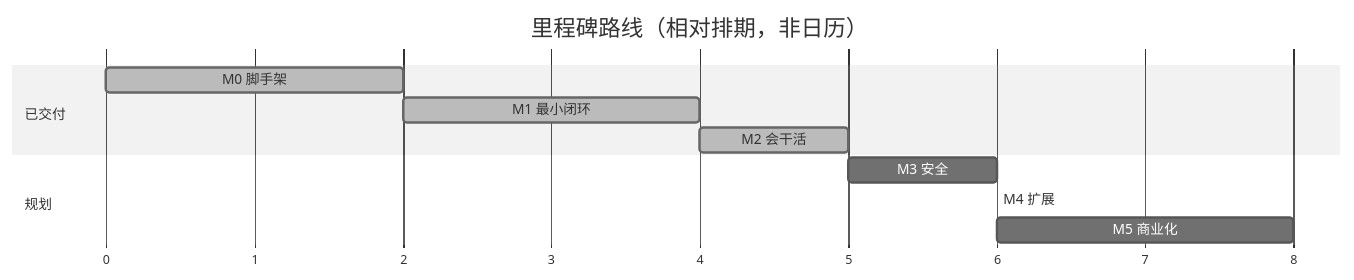
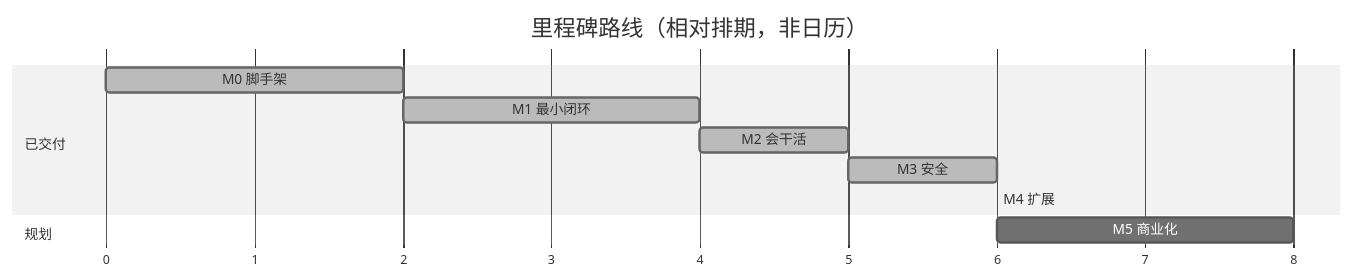
The diagram in docs/develop/05-dev-plan.md (sylarjyd/work_sylar), drawn with Mermaid (neutral theme) before and after one commit. The commit also changed other lines of this file, not shown here.

Commit message:
docs(plan): 同步 M3/M4a/M4b 交付状态 开发计划仍停在 M2 交付时点，M3 与 M4 的完成情况、验收结果均未回填，容易 让人误判进度。现在更新里程碑表与路线图，并补记三个里程碑的交付要点和当前 全量验证结果。

````diff
--- a/docs/develop/05-dev-plan.md
+++ b/docs/develop/05-dev-plan.md
@@ -25,14 +25,14 @@
 ```mermaid
 gantt
     title 里程碑路线（相对排期，非日历）
     dateFormat X
     axisFormat %s
     section 已交付
     M0 脚手架        :done, m0, 0, 2
     M1 最小闭环      :done, m1, after m0, 4
     M2 会干活        :done, m2, after m1, 5
+    M3 安全          :done, m3, after m2, 6
+    M4 扩展          :done, m4, after m3, 6
     section 规划
-    M3 安全          :m3, after m2, 6
-    M4 扩展          :m4, after m3, 6
     M5 商业化        :m5, after m4, 8
 ```
````
